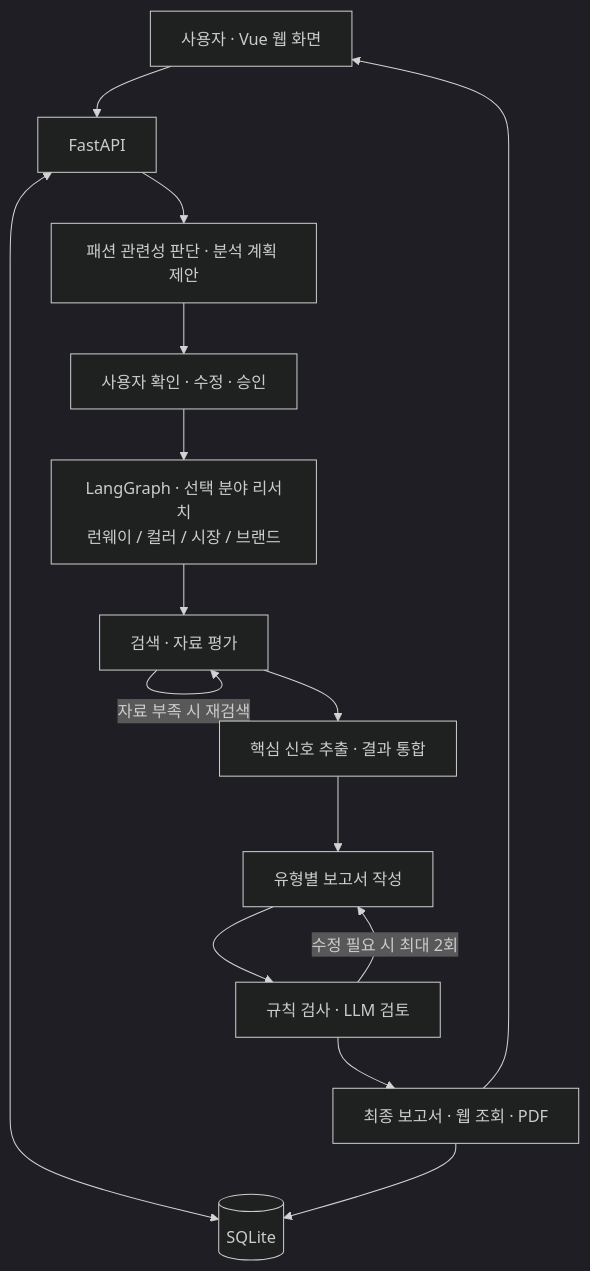
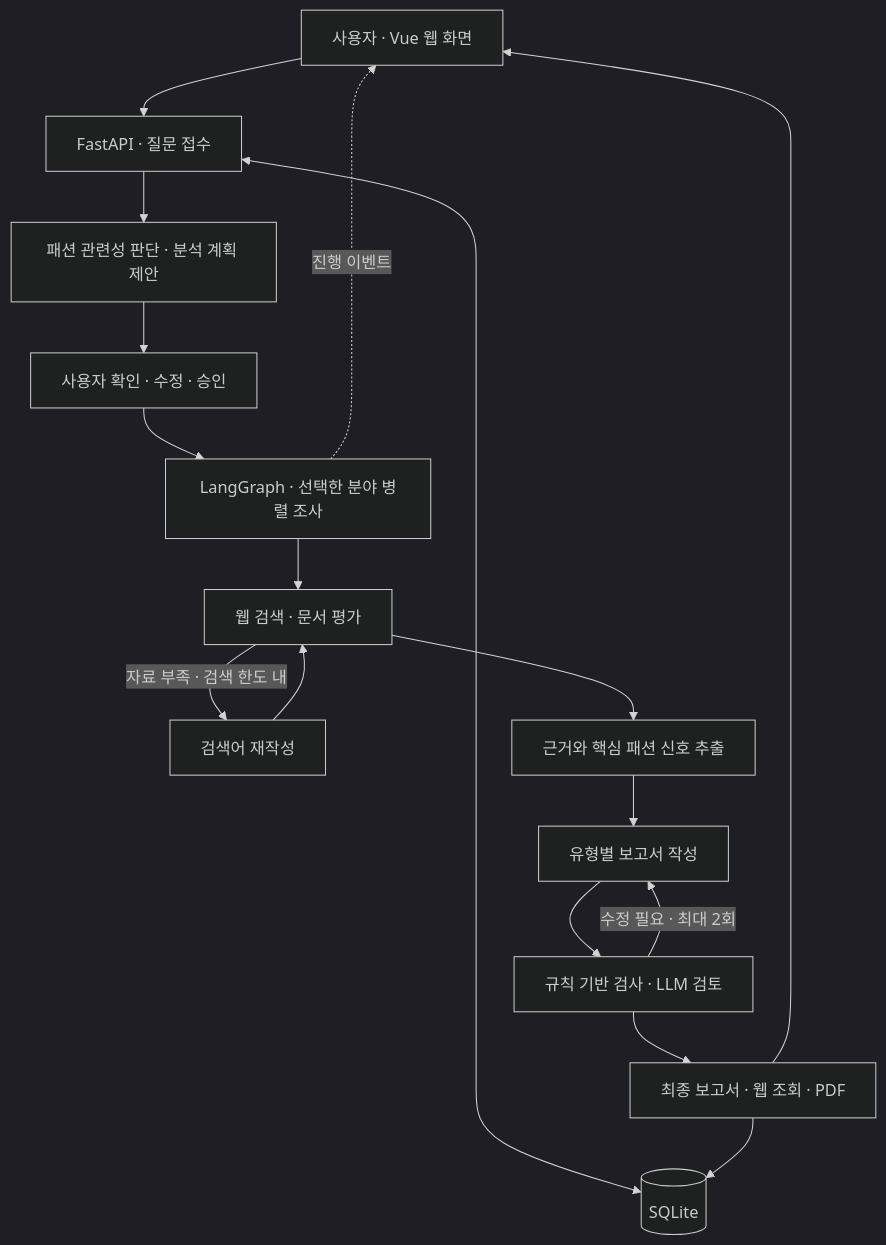
Before and after one commit to suhrin-huh/trendweave: the diagram in README.md, drawn with Mermaid (dark theme). The commit also changed other lines of this file and 7 other files, not shown here.

````diff
--- a/README.md
+++ b/README.md
@@ -38,17 +59,19 @@
 ```mermaid
 flowchart TD
-    UI["사용자 · Vue 웹 화면"] --> API["FastAPI"]
+    UI["사용자 · Vue 웹 화면"] --> API["FastAPI · 질문 접수"]
     API --> Plan["패션 관련성 판단 · 분석 계획 제안"]
-    Plan --> Review["사용자 확인 · 수정 · 승인"]
-    Review --> Research["LangGraph · 선택 분야 리서치<br/>런웨이 / 컬러 / 시장 / 브랜드"]
-    Research --> Search["검색 · 자료 평가"]
-    Search -->|자료 부족 시 재검색| Search
-    Search --> Extract["핵심 신호 추출 · 결과 통합"]
+    Plan --> Approval["사용자 확인 · 수정 · 승인"]
+    Approval --> Research["LangGraph · 선택한 분야 병렬 조사"]
+    Research --> Search["웹 검색 · 문서 평가"]
+    Search -->|자료 부족 · 검색 한도 내| Rewrite["검색어 재작성"]
+    Rewrite --> Search
+    Search --> Extract["근거와 핵심 패션 신호 추출"]
     Extract --> Writer["유형별 보고서 작성"]
-    Writer --> Critic["규칙 검사 · LLM 검토"]
-    Critic -->|수정 필요 시 최대 2회| Writer
-    Critic --> Report["최종 보고서 · 웹 조회 · PDF"]
+    Writer --> Critic["규칙 기반 검사 · LLM 검토"]
+    Critic -->|수정 필요 · 최대 2회| Writer
+    Critic --> Result["최종 보고서 · 웹 조회 · PDF"]
     API <--> DB[("SQLite")]
-    Report --> DB
-    Report --> UI
+    Result --> DB
+    Research -. 진행 이벤트 .-> UI
+    Result --> UI
 ```
````
